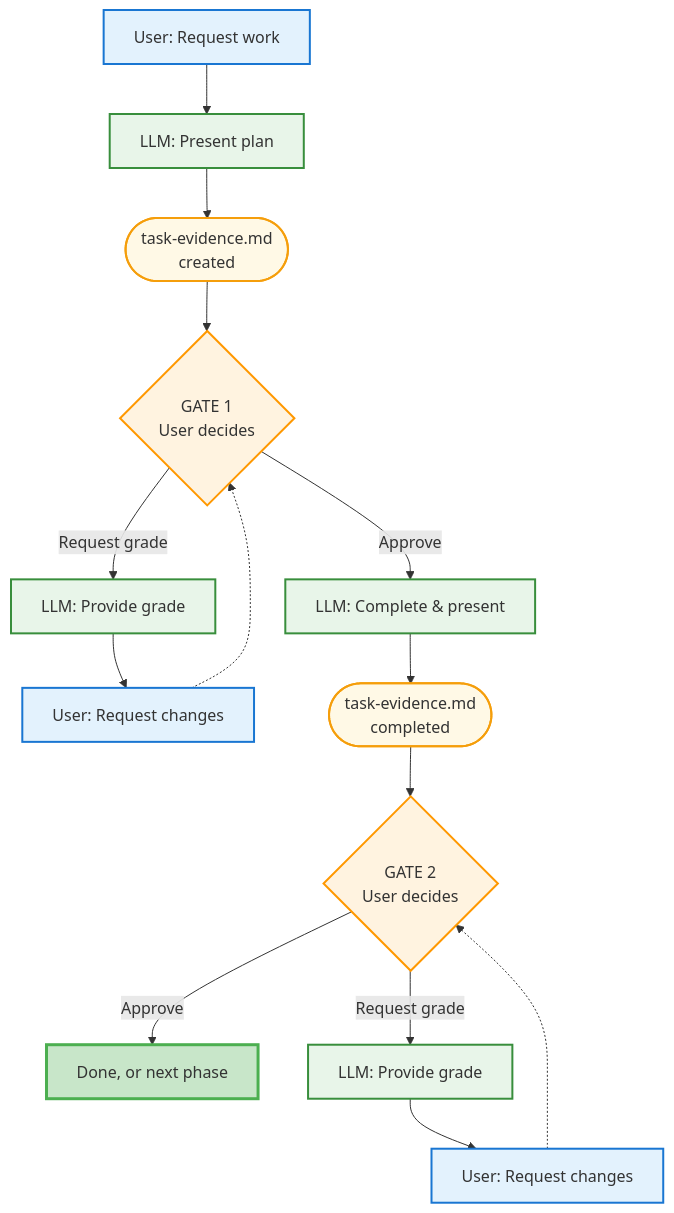
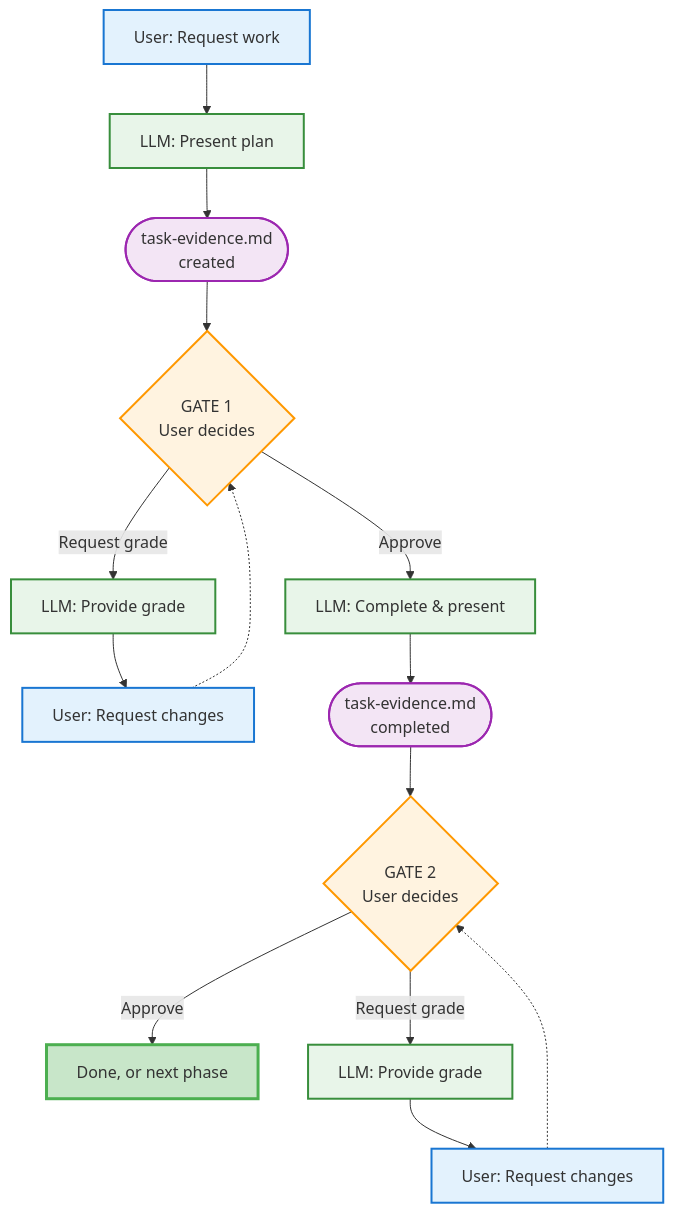
One commit to binaryphile/tandem-protocol changed the third of 3 diagrams in README.md. Above: the diagram before and after it, drawn with Mermaid. The commit also changed other lines of this file and 1 other file, not shown here.

````diff
--- a/README.md
+++ b/README.md
@@ -211,29 +211,29 @@
 ```mermaid
 flowchart TD
     START["User: Request work"] --> P1["LLM: Present plan"]
     P1 --> EV1(["task-evidence.md<br/>created"])
     EV1 --> G1{"GATE 1<br/>User decides"}
     G1 -->|Approve| IMPL["LLM: Complete & present"]
     G1 -->|Request grade| GRADE1["LLM: Provide grade"]
     GRADE1 --> IMP1["User: Request changes"]
     IMP1 -.-> G1
     IMPL --> EV2(["task-evidence.md<br/>completed"])
     EV2 --> G2{"GATE 2<br/>User decides"}
     G2 -->|Approve| DONE["Done, or next phase"]
     G2 -->|Request grade| GRADE2["LLM: Provide grade"]
     GRADE2 --> IMP2["User: Request changes"]
     IMP2 -.-> G2
 
     style START fill:#e3f2fd,stroke:#1976d2,stroke-width:2px
     style P1 fill:#e8f5e9,stroke:#388e3c,stroke-width:2px
     style IMPL fill:#e8f5e9,stroke:#388e3c,stroke-width:2px
     style GRADE1 fill:#e8f5e9,stroke:#388e3c,stroke-width:2px
     style GRADE2 fill:#e8f5e9,stroke:#388e3c,stroke-width:2px
     style IMP1 fill:#e3f2fd,stroke:#1976d2,stroke-width:2px
     style IMP2 fill:#e3f2fd,stroke:#1976d2,stroke-width:2px
     style G1 fill:#fff3e0,stroke:#ff9800,stroke-width:2px
     style G2 fill:#fff3e0,stroke:#ff9800,stroke-width:2px
     style DONE fill:#c8e6c9,stroke:#4caf50,stroke-width:3px
-    style EV1 fill:#fff9e6,stroke:#f59e0b,stroke-width:2px
-    style EV2 fill:#fff9e6,stroke:#f59e0b,stroke-width:2px
+    style EV1 fill:#f3e5f5,stroke:#9c27b0,stroke-width:2px
+    style EV2 fill:#f3e5f5,stroke:#9c27b0,stroke-width:2px
 ```
````
